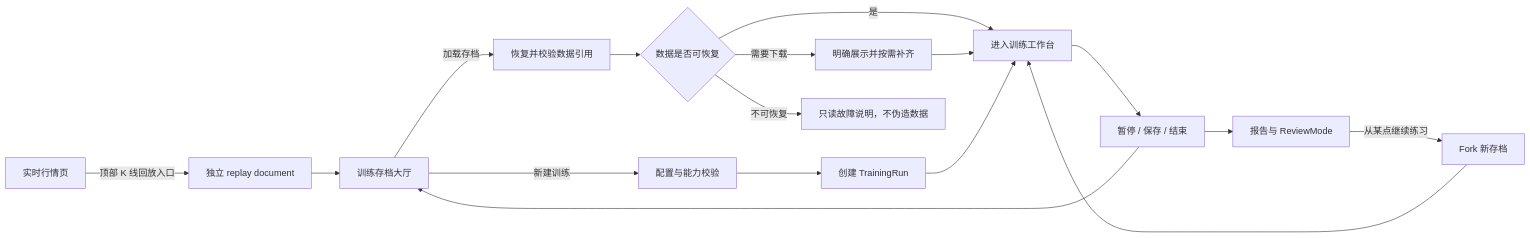
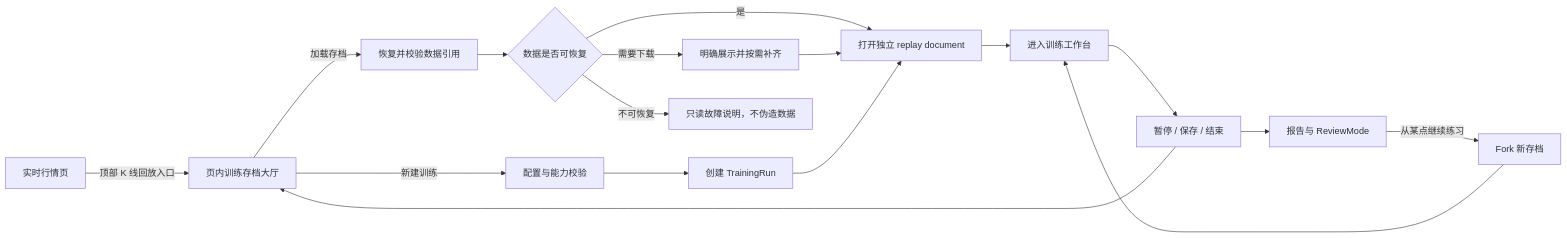
One commit to Ryan00956/CandleScope changed the diagram in docs/KLINE_REPLAY_TRAINING_PRODUCT_CONTRACT_zh.md. Above: the diagram before and after it, drawn with Mermaid. The commit also changed other lines of this file and 26 other files, not shown here.

````diff
--- a/docs/KLINE_REPLAY_TRAINING_PRODUCT_CONTRACT_zh.md
+++ b/docs/KLINE_REPLAY_TRAINING_PRODUCT_CONTRACT_zh.md
@@ -119,19 +119,19 @@
 ```mermaid
 flowchart LR
-    A["实时行情页"] -->|顶部 K 线回放入口| B["独立 replay document"]
-    B --> C["训练存档大厅"]
+    A["实时行情页"] -->|顶部 K 线回放入口| C["页内训练存档大厅"]
     C -->|新建训练| D["配置与能力校验"]
     C -->|加载存档| E["恢复并校验数据引用"]
     D --> F["创建 TrainingRun"]
     E --> G{"数据是否可恢复"}
-    G -->|是| H["进入训练工作台"]
+    G -->|是| N["打开独立 replay document"]
     G -->|需要下载| I["明确展示并按需补齐"]
     G -->|不可恢复| J["只读故障说明，不伪造数据"]
-    I --> H
-    F --> H
+    I --> N["打开独立 replay document"]
+    F --> N
+    N --> H["进入训练工作台"]
     H --> K["暂停 / 保存 / 结束"]
     K --> C
     K --> L["报告与 ReviewMode"]
     L -->|从某点继续练习| M["Fork 新存档"]
     M --> H
 ```
````
